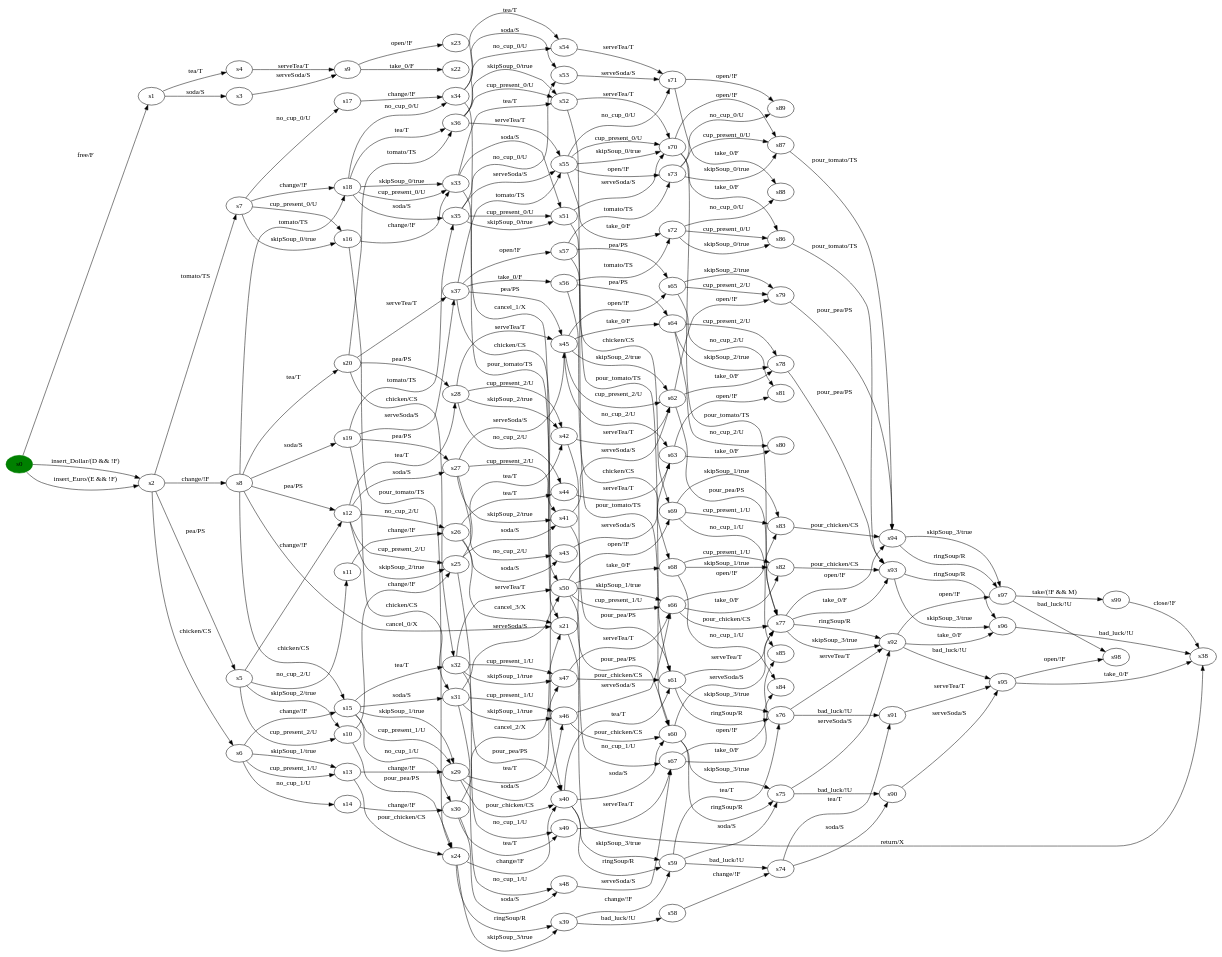
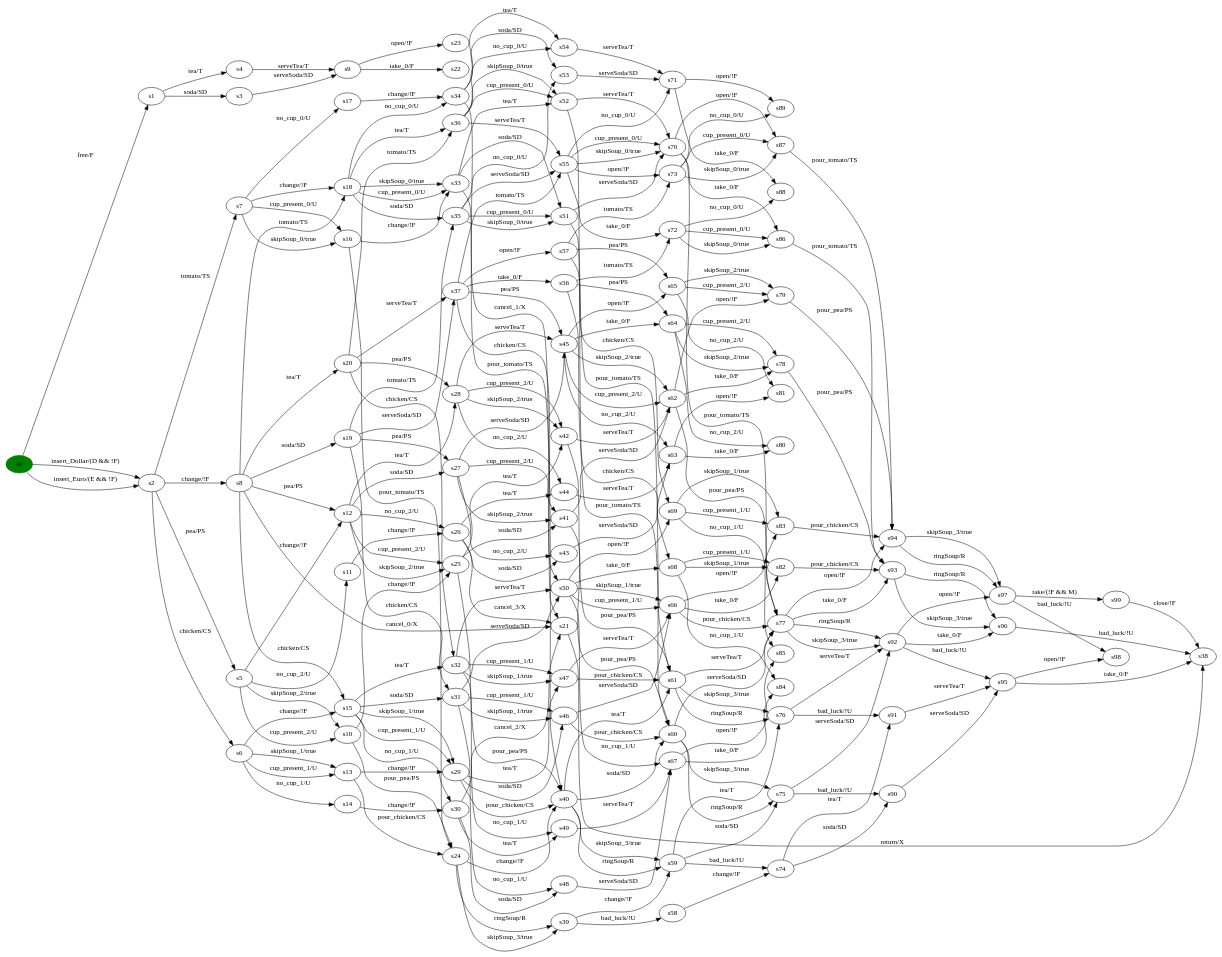
Before and after one commit to sfortz/BehavioralFeatureModel: the diagram in src/main/resources/fts/eval/vm/new/sodasoup_synchro.dot, drawn with Graphviz. The commit also changed 7 other files, not shown here.

```diff
--- a/src/main/resources/fts/eval/vm/new/sodasoup_synchro.dot
+++ b/src/main/resources/fts/eval/vm/new/sodasoup_synchro.dot
@@ -2,17 +2,17 @@
 rankdir=LR;
 state0[ label = "s0", style=filled, color=green ];
 state1 [ label = "s31" ];
-state1 -> state2 [ label=" serveSoda/S " ];
+state1 -> state2 [ label=" serveSoda/SD " ];
 state1 -> state3 [ label=" skipSoup_1/true " ];
 state1 -> state3 [ label=" cup_present_1/U " ];
 state1 -> state4 [ label=" no_cup_1/U " ];
 state5 [ label = "s30" ];
 state5 -> state6 [ label=" tea/T " ];
-state5 -> state4 [ label=" soda/S " ];
+state5 -> state4 [ label=" soda/SD " ];
 state5 -> state7 [ label=" cancel_2/X " ];
 state8 [ label = "s33" ];
 state8 -> state9 [ label=" tea/T " ];
-state8 -> state10 [ label=" soda/S " ];
+state8 -> state10 [ label=" soda/SD " ];
 state8 -> state11 [ label=" pour_tomato/TS " ];
 state12 [ label = "s32" ];
 state12 -> state13 [ label=" cup_present_1/U " ];
@@ -22,12 +22,12 @@
 state14 [ label = "s35" ];
 state14 -> state10 [ label=" cup_present_0/U " ];
 state14 -> state10 [ label=" skipSoup_0/true " ];
-state14 -> state15 [ label=" serveSoda/S " ];
+state14 -> state15 [ label=" serveSoda/SD " ];
 state14 -> state16 [ label=" no_cup_0/U " ];
 state17 [ label = "s34" ];
 state17 -> state7 [ label=" cancel_1/X " ];
 state17 -> state18 [ label=" tea/T " ];
-state17 -> state16 [ label=" soda/S " ];
+state17 -> state16 [ label=" soda/SD " ];
 state19 [ label = "s37" ];
 state19 -> state20 [ label=" take_0/F " ];
 state19 -> state15 [ label=" tomato/TS " ];
@@ -48,14 +48,14 @@
 state0 -> state29 [ label=" insert_Dollar/(D && !F) " ];
 state28 [ label = "s1" ];
 state28 -> state30 [ label=" tea/T " ];
-state28 -> state31 [ label=" soda/S " ];
+state28 -> state31 [ label=" soda/SD " ];
 state29 [ label = "s2" ];
 state29 -> state32 [ label=" tomato/TS " ];
 state29 -> state33 [ label=" chicken/CS " ];
 state29 -> state34 [ label=" change/!F " ];
 state29 -> state35 [ label=" pea/PS " ];
 state31 [ label = "s3" ];
-state31 -> state36 [ label=" serveSoda/S " ];
+state31 -> state36 [ label=" serveSoda/SD " ];
 state30 [ label = "s4" ];
 state30 -> state36 [ label=" serveTea/T " ];
 state35 [ label = "s5" ];
@@ -78,7 +78,7 @@
 state34 -> state41 [ label=" chicken/CS " ];
 state34 -> state7 [ label=" cancel_0/X " ];
 state34 -> state46 [ label=" tea/T " ];
-state34 -> state47 [ label=" soda/S " ];
+state34 -> state47 [ label=" soda/SD " ];
 state34 -> state38 [ label=" pea/PS " ];
 state36 [ label = "s9" ];
 state36 -> state48 [ label=" take_0/F " ];
@@ -87,20 +87,20 @@
 state11 -> state26 [ label=" ringSoup/R " ];
 state11 -> state26 [ label=" skipSoup_3/true " ];
 state11 -> state50 [ label=" tea/T " ];
-state11 -> state51 [ label=" soda/S " ];
+state11 -> state51 [ label=" soda/SD " ];
 state52 [ label = "s42" ];
 state52 -> state53 [ label=" serveTea/T " ];
 state52 -> state50 [ label=" pour_pea/PS " ];
 state54 [ label = "s41" ];
-state54 -> state53 [ label=" serveSoda/S " ];
+state54 -> state53 [ label=" serveSoda/SD " ];
 state54 -> state51 [ label=" pour_pea/PS " ];
 state55 [ label = "s44" ];
 state55 -> state56 [ label=" serveTea/T " ];
 state57 [ label = "s43" ];
-state57 -> state56 [ label=" serveSoda/S " ];
+state57 -> state56 [ label=" serveSoda/SD " ];
 state3 [ label = "s46" ];
 state3 -> state51 [ label=" pour_chicken/CS " ];
-state3 -> state58 [ label=" serveSoda/S " ];
+state3 -> state58 [ label=" serveSoda/SD " ];
 state21 [ label = "s45" ];
 state21 -> state59 [ label=" take_0/F " ];
 state21 -> state53 [ label=" skipSoup_2/true " ];
@@ -108,14 +108,14 @@
 state21 -> state56 [ label=" no_cup_2/U " ];
 state21 -> state60 [ label=" open/!F " ];
 state4 [ label = "s48" ];
-state4 -> state61 [ label=" serveSoda/S " ];
+state4 -> state61 [ label=" serveSoda/SD " ];
 state13 [ label = "s47" ];
 state13 -> state58 [ label=" serveTea/T " ];
 state13 -> state50 [ label=" pour_chicken/CS " ];
 state6 [ label = "s49" ];
 state6 -> state61 [ label=" serveTea/T " ];
 state10 [ label = "s51" ];
-state10 -> state62 [ label=" serveSoda/S " ];
+state10 -> state62 [ label=" serveSoda/SD " ];
 state10 -> state51 [ label=" pour_tomato/TS " ];
 state2 [ label = "s50" ];
 state2 -> state58 [ label=" cup_present_1/U " ];
@@ -124,7 +124,7 @@
 state2 -> state64 [ label=" open/!F " ];
 state2 -> state61 [ label=" no_cup_1/U " ];
 state16 [ label = "s53" ];
-state16 -> state65 [ label=" serveSoda/S " ];
+state16 -> state65 [ label=" serveSoda/SD " ];
 state9 [ label = "s52" ];
 state9 -> state62 [ label=" serveTea/T " ];
 state9 -> state50 [ label=" pour_tomato/TS " ];
@@ -147,11 +147,11 @@
 state26 [ label = "s59" ];
 state26 -> state68 [ label=" tea/T " ];
 state26 -> state69 [ label=" bad_luck/!U " ];
-state26 -> state70 [ label=" soda/S " ];
+state26 -> state70 [ label=" soda/SD " ];
 state25 [ label = "s58" ];
 state25 -> state69 [ label=" change/!F " ];
 state51 [ label = "s60" ];
-state51 -> state71 [ label=" serveSoda/S " ];
+state51 -> state71 [ label=" serveSoda/SD " ];
 state51 -> state70 [ label=" ringSoup/R " ];
 state51 -> state70 [ label=" skipSoup_3/true " ];
 state53 [ label = "s62" ];
@@ -204,11 +204,11 @@
 state66 -> state82 [ label=" cup_present_0/U " ];
 state66 -> state80 [ label=" no_cup_0/U " ];
 state70 [ label = "s75" ];
-state70 -> state84 [ label=" serveSoda/S " ];
+state70 -> state84 [ label=" serveSoda/SD " ];
 state70 -> state85 [ label=" bad_luck/!U " ];
 state69 [ label = "s74" ];
 state69 -> state86 [ label=" tea/T " ];
-state69 -> state85 [ label=" soda/S " ];
+state69 -> state85 [ label=" soda/SD " ];
 state71 [ label = "s77" ];
 state71 -> state87 [ label=" open/!F " ];
 state71 -> state84 [ label=" ringSoup/R " ];
@@ -238,7 +238,7 @@
 state86 [ label = "s91" ];
 state86 -> state89 [ label=" serveTea/T " ];
 state85 [ label = "s90" ];
-state85 -> state89 [ label=" serveSoda/S " ];
+state85 -> state89 [ label=" serveSoda/SD " ];
 state88 [ label = "s93" ];
 state88 -> state90 [ label=" skipSoup_3/true " ];
 state88 -> state90 [ label=" ringSoup/R " ];
@@ -269,14 +269,14 @@
 state40 -> state96 [ label=" pour_chicken/CS " ];
 state40 -> state97 [ label=" change/!F " ];
 state38 [ label = "s12" ];
-state38 -> state98 [ label=" soda/S " ];
+state38 -> state98 [ label=" soda/SD " ];
 state38 -> state95 [ label=" cup_present_2/U " ];
 state38 -> state95 [ label=" skipSoup_2/true " ];
 state38 -> state99 [ label=" tea/T " ];
 state38 -> state94 [ label=" no_cup_2/U " ];
 state41 [ label = "s15" ];
 state41 -> state12 [ label=" tea/T " ];
-state41 -> state1 [ label=" soda/S " ];
+state41 -> state1 [ label=" soda/SD " ];
 state41 -> state97 [ label=" cup_present_1/U " ];
 state41 -> state97 [ label=" skipSoup_1/true " ];
 state41 -> state5 [ label=" no_cup_1/U " ];
@@ -289,14 +289,14 @@
 state43 -> state8 [ label=" change/!F " ];
 state47 [ label = "s19" ];
 state47 -> state14 [ label=" tomato/TS " ];
-state47 -> state19 [ label=" serveSoda/S " ];
+state47 -> state19 [ label=" serveSoda/SD " ];
 state47 -> state98 [ label=" pea/PS " ];
 state47 -> state1 [ label=" chicken/CS " ];
 state44 [ label = "s18" ];
 state44 -> state8 [ label=" skipSoup_0/true " ];
 state44 -> state8 [ label=" cup_present_0/U " ];
 state44 -> state23 [ label=" tea/T " ];
-state44 -> state14 [ label=" soda/S " ];
+state44 -> state14 [ label=" soda/SD " ];
 state44 -> state17 [ label=" no_cup_0/U " ];
 state46 [ label = "s20" ];
 state46 -> state99 [ label=" pea/PS " ];
@@ -314,10 +314,10 @@
 state94 [ label = "s26" ];
 state94 -> state55 [ label=" tea/T " ];
 state94 -> state7 [ label=" cancel_3/X " ];
-state94 -> state57 [ label=" soda/S " ];
+state94 -> state57 [ label=" soda/SD " ];
 state95 [ label = "s25" ];
 state95 -> state52 [ label=" tea/T " ];
-state95 -> state54 [ label=" soda/S " ];
+state95 -> state54 [ label=" soda/SD " ];
 state95 -> state11 [ label=" pour_pea/PS " ];
 state99 [ label = "s28" ];
 state99 -> state52 [ label=" skipSoup_2/true " ];
@@ -327,10 +327,10 @@
 state98 [ label = "s27" ];
 state98 -> state54 [ label=" cup_present_2/U " ];
 state98 -> state54 [ label=" skipSoup_2/true " ];
-state98 -> state21 [ label=" serveSoda/S " ];
+state98 -> state21 [ label=" serveSoda/SD " ];
 state98 -> state57 [ label=" no_cup_2/U " ];
 state97 [ label = "s29" ];
-state97 -> state3 [ label=" soda/S " ];
+state97 -> state3 [ label=" soda/SD " ];
 state97 -> state11 [ label=" pour_chicken/CS " ];
 state97 -> state13 [ label=" tea/T " ];
 }
```
